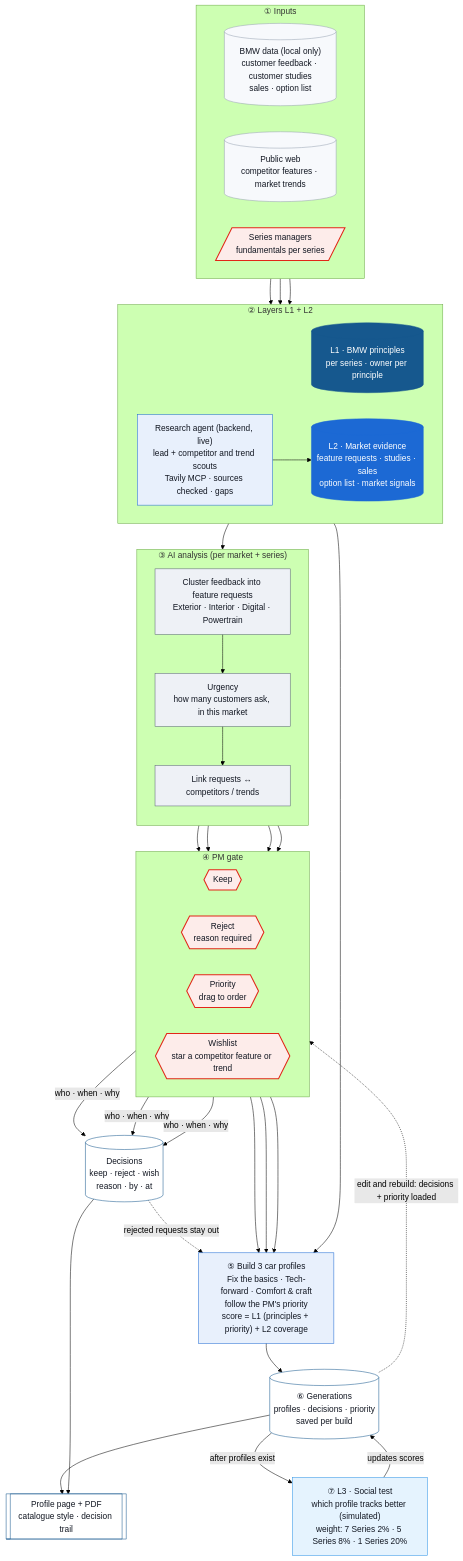
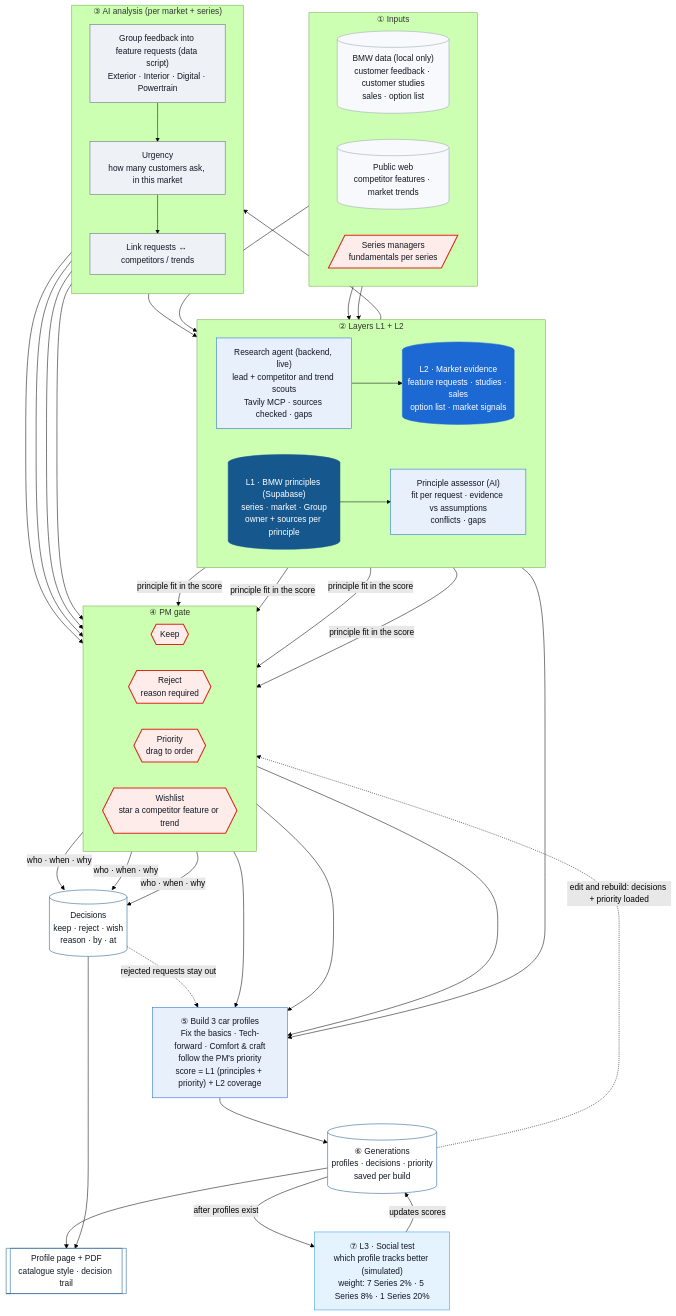
The diagram in docs/architecture/01-system-overview.md (european-hackathon-league/submission-1ed05f96-9921-4f14-8fc3-e6402bea84fd-1413423705), drawn with Mermaid (forest theme) before and after one commit. The commit also changed 13 other files, not shown here.

First line of the commit message:
Docs: README and architecture as built (principle assessor, Supabase, decision memory)

````diff
--- a/docs/architecture/01-system-overview.md
+++ b/docs/architecture/01-system-overview.md
@@ -5,74 +5,78 @@
 ```mermaid
 flowchart TB
   %% Dixi: principles first, market evidence as the engine, the PM decides, every decision keeps who · when · why.
   %% Colours follow branding/tokens.css: grey = AI on its own, blue = AI proposes, red = human only.
   %% Layers: L1 deep blue (BMW principles), L2 BMW blue (market evidence), L3 light blue (social test, after profiles).
 
   subgraph SRC["① Inputs"]
     direction LR
     S1[("BMW data (local only)<br/>customer feedback · customer studies<br/>sales · option list")]
     S2[("Public web<br/>competitor features · market trends")]
     S4[/"Series managers<br/>fundamentals per series"/]
   end
 
   subgraph LAY["② Layers L1 + L2"]
     direction LR
-    L1[("L1 · BMW principles<br/>per series · owner per principle")]
+    L1[("L1 · BMW principles (Supabase)<br/>series · market · Group<br/>owner + sources per principle")]
+    PA["Principle assessor (AI)<br/>fit per request · evidence vs assumptions<br/>conflicts · gaps"]
     RA["Research agent (backend, live)<br/>lead + competitor and trend scouts<br/>Tavily MCP · sources checked · gaps"]
     L2[("L2 · Market evidence<br/>feature requests · studies · sales<br/>option list · market signals")]
   end
 
   subgraph AN["③ AI analysis (per market + series)"]
     direction TB
-    CL["Cluster feedback into feature requests<br/>Exterior · Interior · Digital · Powertrain"]
+    CL["Group feedback into feature requests (data script)<br/>Exterior · Interior · Digital · Powertrain"]
     UR["Urgency<br/>how many customers ask, in this market"]
     LK["Link requests ↔ competitors / trends"]
   end
 
   subgraph GATE["④ PM gate"]
     direction LR
     KP{{"Keep"}}
     RJ{{"Reject<br/>reason required"}}
     PR{{"Priority<br/>drag to order"}}
     WL{{"Wishlist<br/>star a competitor feature or trend"}}
   end
 
   DM[("Decisions<br/>keep · reject · wish<br/>reason · by · at")]
   BU["⑤ Build 3 car profiles<br/>Fix the basics · Tech-forward · Comfort &amp; craft<br/>follow the PM's priority<br/>score = L1 (principles + priority) + L2 coverage"]
   GEN[("⑥ Generations<br/>profiles · decisions · priority<br/>saved per build")]
   PDF[["Profile page + PDF<br/>catalogue style · decision trail"]]
   L3["⑦ L3 · Social test<br/>which profile tracks better (simulated)<br/>weight: 7 Series 2% · 5 Series 8% · 1 Series 20%"]
 
   S1 --> L2
   S2 --> RA --> L2
   S4 --> L1
   L2 --> CL --> UR --> LK
+  L1 --> PA
+  LK --> PA
+  PA -- "principle fit in the score" --> KP & RJ & PR & WL
   LK --> KP & RJ & PR & WL
   KP & RJ & WL -- "who · when · why" --> DM
   KP & PR & WL --> BU
   L1 --> BU
   DM -. "rejected requests stay out" .-> BU
   BU --> GEN --> PDF
   DM --> PDF
   GEN -- "after profiles exist" --> L3
   L3 -- "updates scores" --> GEN
   GEN -. "edit and rebuild: decisions + priority loaded" .-> GATE
 
   classDef auto fill:#eef1f6,stroke:#5b6676,color:#121722
   classDef propose fill:#e8f0fc,stroke:#1c69d4,color:#121722
   classDef human fill:#fdecea,stroke:#e22718,color:#121722,stroke-width:2px
   classDef l1 fill:#16588e,stroke:#16588e,color:#ffffff
   classDef l2 fill:#1c69d4,stroke:#1c69d4,color:#ffffff
   classDef l3 fill:#e5f3fe,stroke:#2f95e6,color:#121722
   classDef store fill:#ffffff,stroke:#16588e,color:#121722
   classDef src fill:#f7f9fc,stroke:#98a2b3,color:#121722
 
   class S1,S2 src
   class S4,KP,RJ,PR,WL human
   class CL,UR,LK auto
-  class RA,BU propose
+  class RA,BU,PA propose
   class L1 l1
   class L2 l2
   class L3 l3
   class DM,GEN,PDF store
 ```
````
